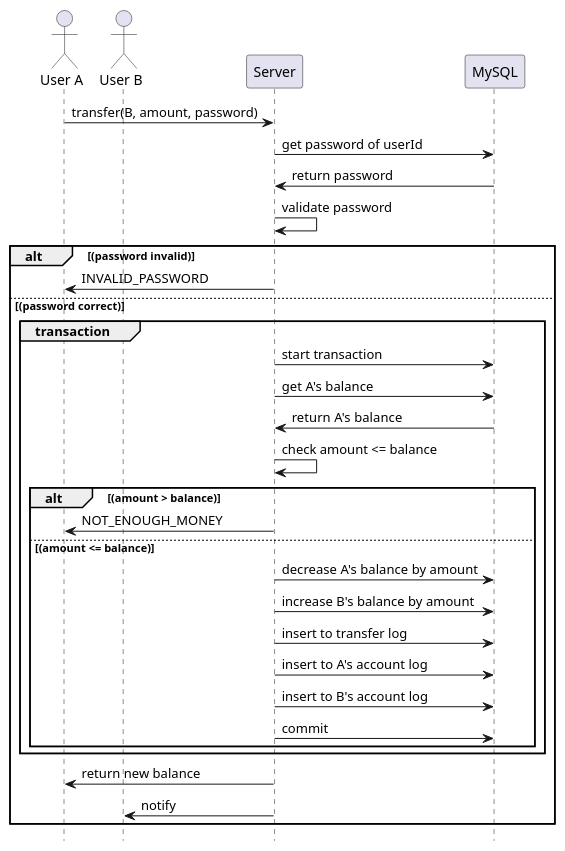
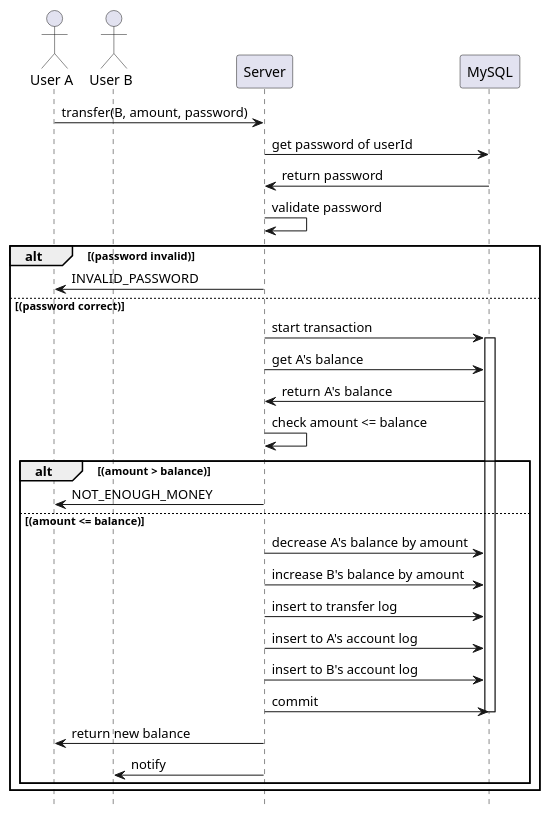
Before and after one commit to noradomi/foo-app: the diagram in documents/sequence diagrams/transfer-money.puml, drawn with PlantUML. The commit also changed 12 other files, not shown here.

```diff
--- a/documents/sequence diagrams/transfer-money.puml
+++ b/documents/sequence diagrams/transfer-money.puml
@@ -1,31 +1,31 @@
 @startuml transfer-money
 hide footbox
 actor "User A"
 actor "User B"
 "User A" -> "Server": transfer(B, amount, password)
 "Server" -> "MySQL": get password of userId 
 "MySQL" -> "Server": return password
 "Server" -> "Server": validate password
 alt (password invalid)
 "Server" -> "User A": INVALID_PASSWORD
 else (password correct)
-group transaction
 "Server" -> "MySQL": start transaction
+activate MySQL
 "Server" -> "MySQL": get A's balance
 "MySQL" -> "Server": return A's balance
 "Server" -> "Server" : check amount <= balance
 alt  (amount > balance)
 "Server" -> "User A": NOT_ENOUGH_MONEY
 else (amount <= balance)
 "Server" -> "MySQL" : decrease A's balance by amount
 "Server" -> "MySQL" : increase B's balance by amount
 "Server" -> "MySQL" : insert to transfer log
 "Server" -> "MySQL" : insert to A's account log
 "Server" -> "MySQL" : insert to B's account log
 "Server" -> "MySQL" : commit
-end
-end
+deactivate MySQL
 "Server" -> "User A": return new balance
 "Server" -> "User B" : notify
 end
+end
 @enduml
```
